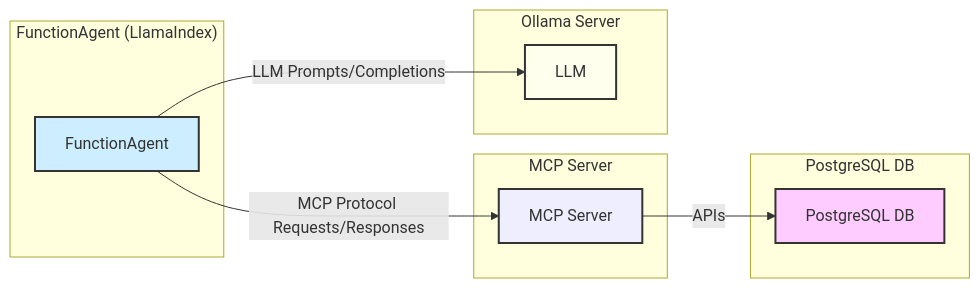
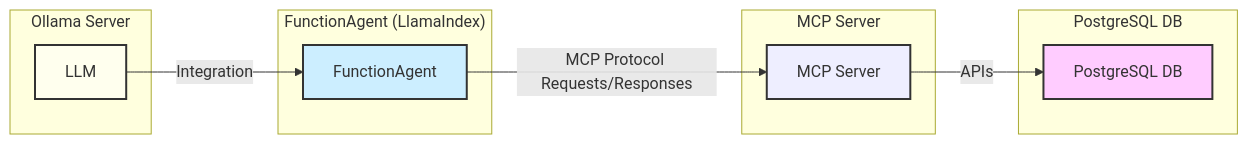
One commit to 00VALAK00/MCP-LLamaIndex-CRUD-Agent changed the diagram in README.md. Above: the diagram before and after it, drawn with Mermaid.

````diff
--- a/README.md
+++ b/README.md
@@ -15,25 +15,25 @@
 ```mermaid
 flowchart LR
     subgraph UserAgent["FunctionAgent (LlamaIndex)"]
         A[FunctionAgent]
     end
     subgraph MCP["MCP Server"]
         B[MCP Server]
     end
     subgraph Ollama["Ollama Server"]
         C[LLM]
     end
     subgraph DB["PostgreSQL DB"]
         D[PostgreSQL DB]
     end
 
     A -- "MCP Protocol Requests/Responses" --> B
-    A -- "LLM Prompts/Completions" --> C
+    C -- "Integration" --> A
     B -- "APIs" --> D
   
 
     style A fill:#cef,stroke:#333,stroke-width:2px
     style B fill:#eef,stroke:#333,stroke-width:2px
     style C fill:#ffe,stroke:#333,stroke-width:2px
     style D fill:#fcf,stroke:#333,stroke-width:2px
 ```
````
